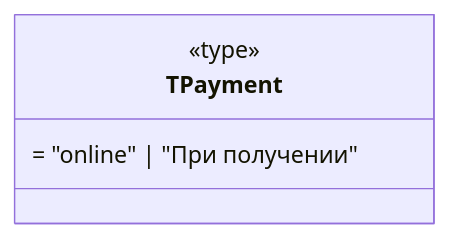
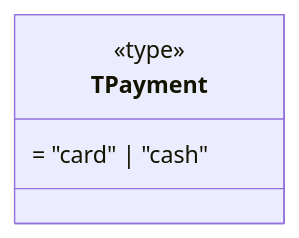
One commit to vvk2020/weblarek changed the sixth of 9 diagrams in README.md. Above: the diagram before and after it, drawn with Mermaid. The commit also changed other lines of this file and 1 other file, not shown here.

````diff
--- a/README.md
+++ b/README.md
@@ -383,7 +383,7 @@
 ```mermaid
 classDiagram
     class TPayment {
         <<type>>
-        = "online" | "При получении"
+        = "card" | "cash"
     }
 ```
````
